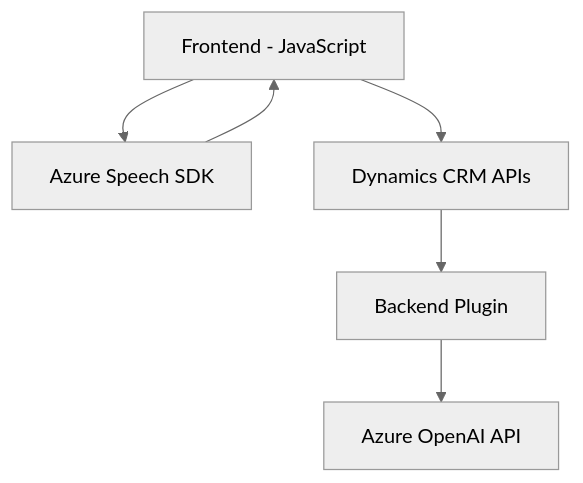
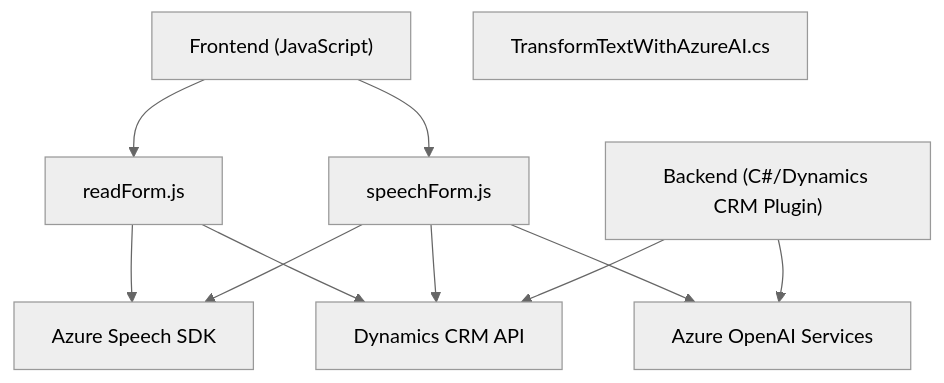
Before and after one commit to blopezdm/NETCORE_BILBAO2025: the diagram in README.md, drawn with Mermaid (neutral theme). The commit also changed other lines of this file, not shown here.

````diff
--- a/README.md
+++ b/README.md
@@ -59,14 +32,21 @@
 ```mermaid
 graph TD
-    A["Frontend - JavaScript"]
-    B["Azure Speech SDK"]
-    C["Dynamics CRM APIs"]
-    D["Azure OpenAI API"]
-    E["Backend Plugin"]
+    A["Frontend (JavaScript)"]
+    B["readForm.js"]
+    C["speechForm.js"]
+    D["Backend (C#/Dynamics CRM Plugin)"]
+    E["TransformTextWithAzureAI.cs"]
+    F["Azure Speech SDK"]
+    G["Azure OpenAI Services"]
+    H["Dynamics CRM API"]
 
     A --> B
     A --> C
-    B --> A
-    C --> E
-    E --> D
+    B --> F
+    B --> H
+    C --> F
+    C --> G
+    C --> H
+    D --> G
+    D --> H
 ```
````
